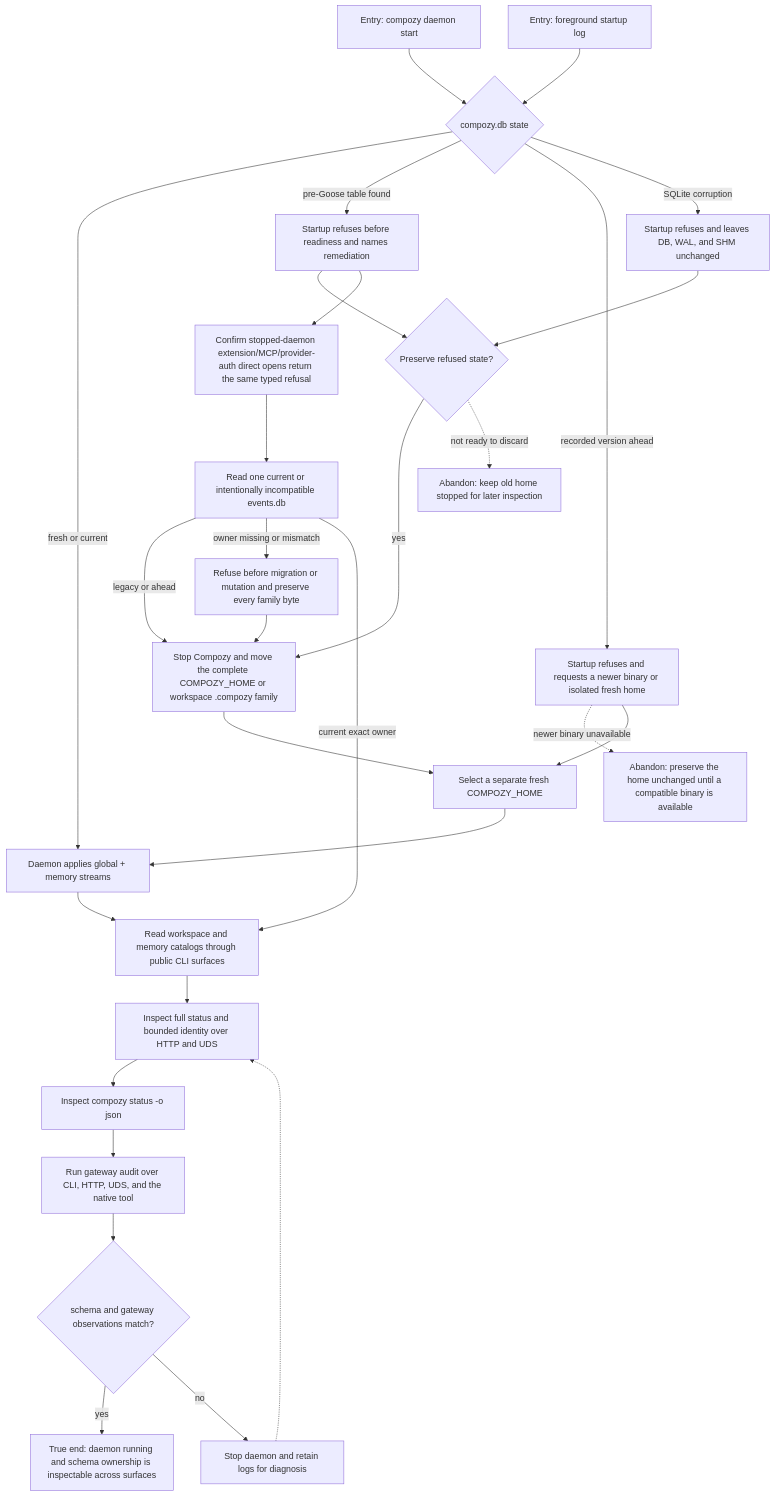
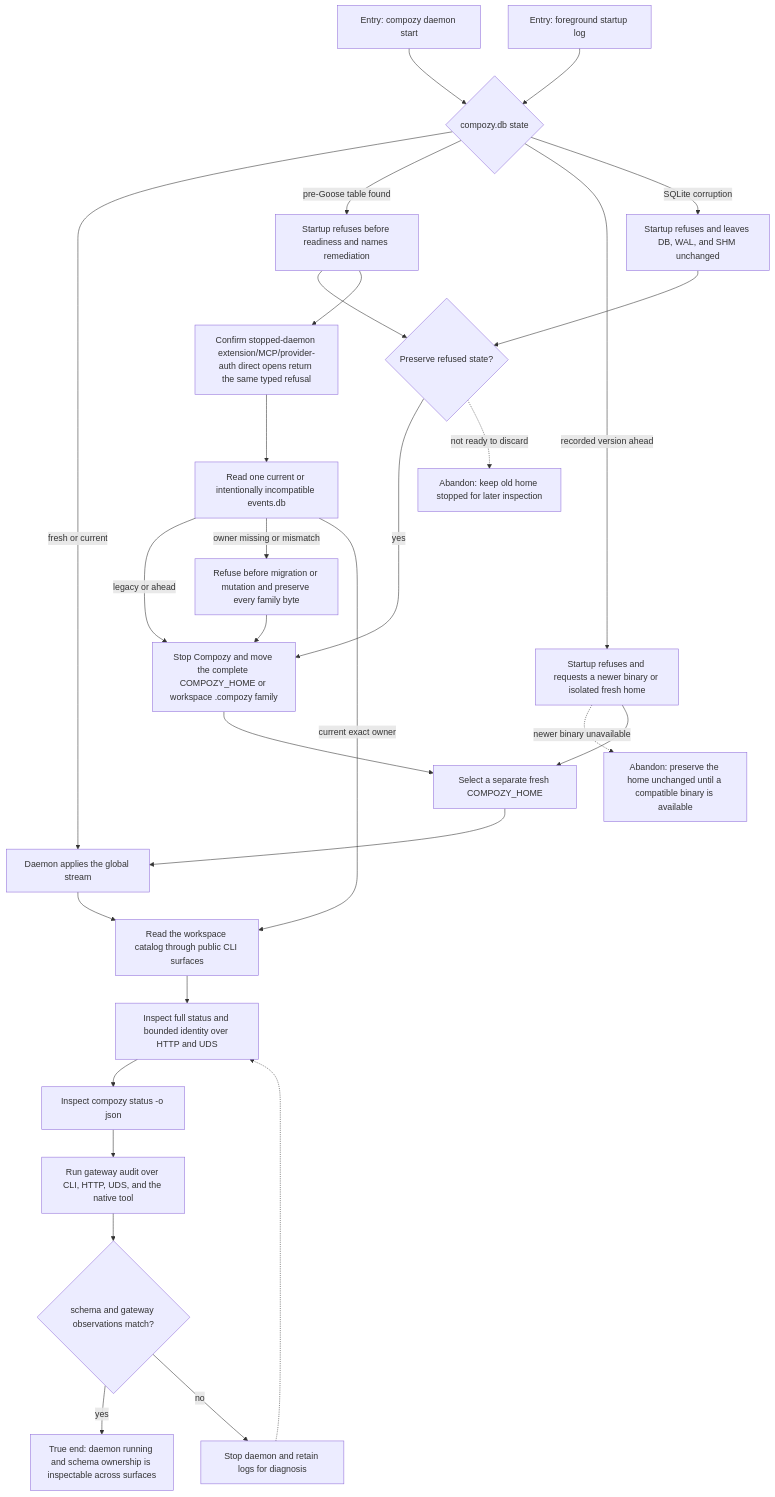
Before and after one commit to compozy/compozy: the diagram in docs/qa/journeys/J-operate-daemon-schema.md, drawn with Mermaid. The commit also changed other lines of this file and 1517 other files, not shown here.

````diff
--- a/docs/qa/journeys/J-operate-daemon-schema.md
+++ b/docs/qa/journeys/J-operate-daemon-schema.md
@@ -6,31 +6,31 @@
 ```mermaid
 flowchart TD
     C1[Entry: compozy daemon start] --> DB{compozy.db state}
     C2[Entry: foreground startup log] --> DB
-    DB -->|fresh or current| BOOT[Daemon applies global + memory streams]
+    DB -->|fresh or current| BOOT[Daemon applies the global stream]
     DB -->|pre-Goose table found| REFUSE[Startup refuses before readiness and names remediation]
     DB -->|recorded version ahead| AHEAD[Startup refuses and requests a newer binary or isolated fresh home]
     DB -->|SQLite corruption| CORRUPT[Startup refuses and leaves DB, WAL, and SHM unchanged]
     REFUSE --> CHOICE{Preserve refused state?}
     CORRUPT --> CHOICE
     CHOICE -->|yes| BACKUP[Stop Compozy and move the complete COMPOZY_HOME or workspace .compozy family]
     CHOICE -.->|not ready to discard| ABANDON[Abandon: keep old home stopped for later inspection]
     REFUSE --> DIRECT[Confirm stopped-daemon extension/MCP/provider-auth direct opens return the same typed refusal]
     DIRECT --> SESSIONREAD[Read one current or intentionally incompatible events.db]
     SESSIONREAD -->|legacy or ahead| BACKUP
     SESSIONREAD -->|owner missing or mismatch| OWNERREFUSE[Refuse before migration or mutation and preserve every family byte]
     OWNERREFUSE --> BACKUP
     SESSIONREAD -->|current exact owner| DOMAINS
     AHEAD -.->|newer binary unavailable| ABANDONAHEAD[Abandon: preserve the home unchanged until a compatible binary is available]
     AHEAD --> FRESH[Select a separate fresh COMPOZY_HOME]
     FRESH --> BOOT
     BACKUP --> FRESH
-    BOOT --> DOMAINS[Read workspace and memory catalogs through public CLI surfaces]
+    BOOT --> DOMAINS[Read the workspace catalog through public CLI surfaces]
     DOMAINS --> STATUS[Inspect full status and bounded identity over HTTP and UDS]
     STATUS --> CLI[Inspect compozy status -o json]
     CLI --> AUDIT[Run gateway audit over CLI, HTTP, UDS, and the native tool]
     AUDIT --> MATCH{schema and gateway observations match?}
     MATCH -->|yes| END[True end: daemon running and schema ownership is inspectable across surfaces]
     MATCH -->|no| STOP[Stop daemon and retain logs for diagnosis]
     STOP -.-> STATUS
 ```
````
